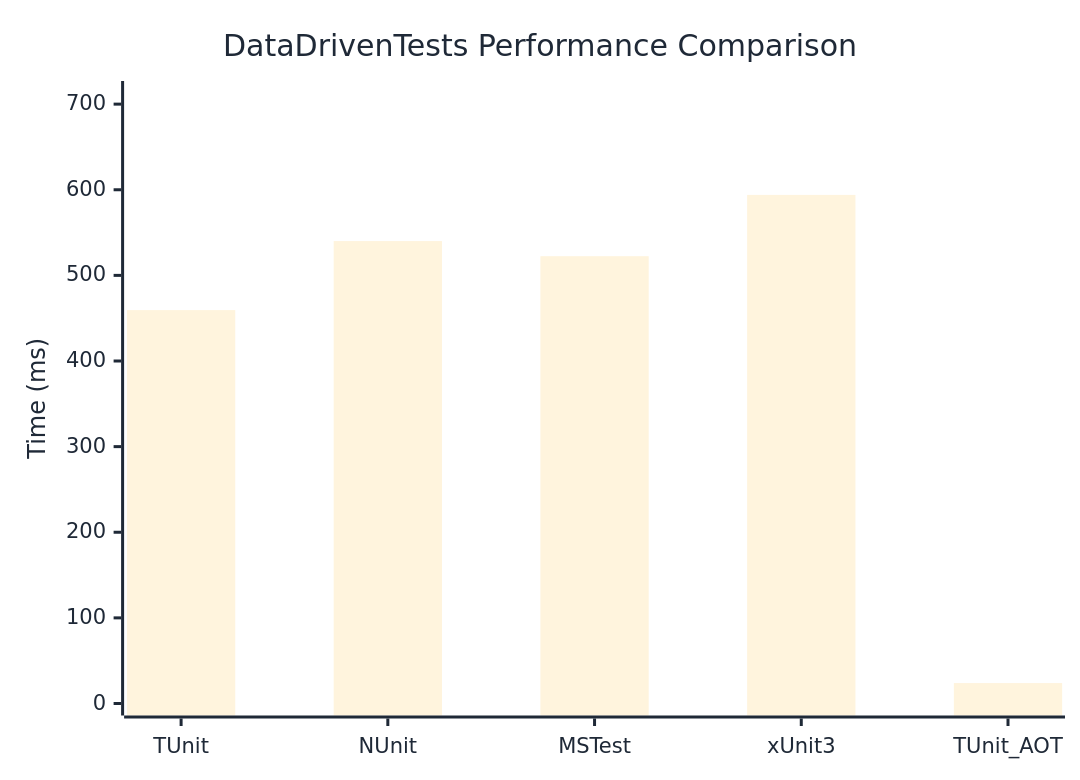
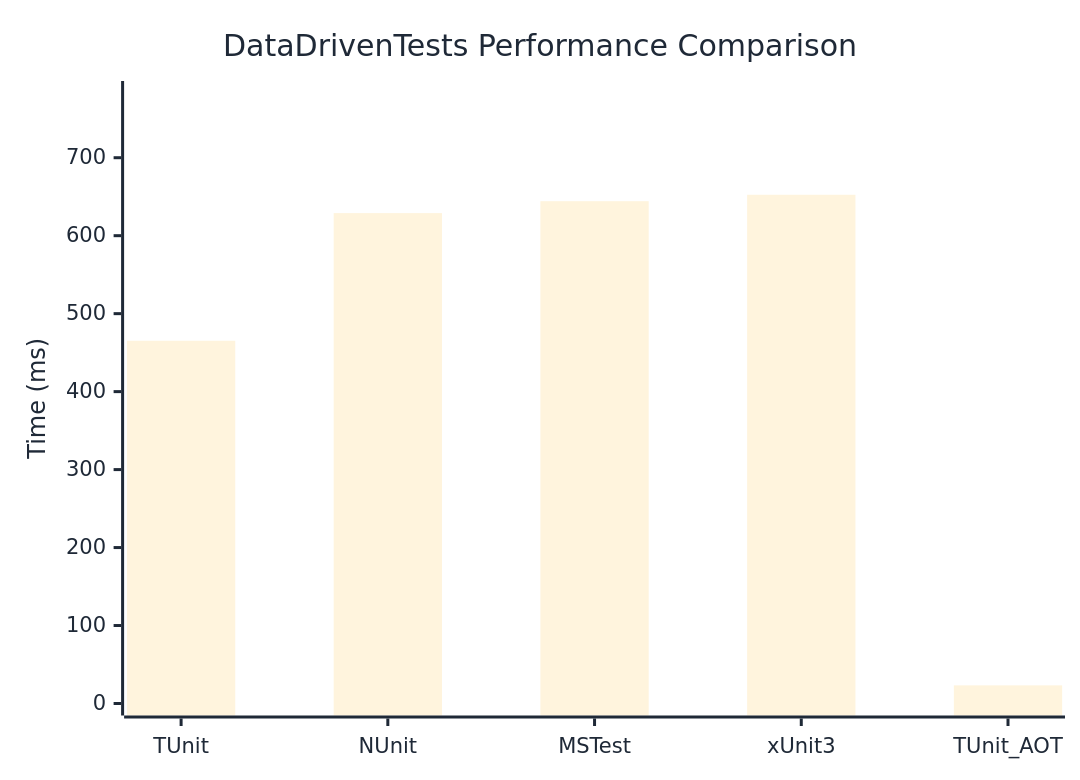
The diagram in docs/docs/benchmarks/DataDrivenTests.md (thomhurst/TUnit), drawn with Mermaid before and after one commit. The commit also changed other lines of this file and 17 other files, not shown here.

````diff
--- a/docs/docs/benchmarks/DataDrivenTests.md
+++ b/docs/docs/benchmarks/DataDrivenTests.md
@@ -27,37 +27,37 @@
 ```mermaid
 %%{init: {
   'theme':'base',
   'themeVariables': {
     'primaryColor': '#2563eb',
     'primaryTextColor': '#1f2937',
     'primaryBorderColor': '#1e40af',
     'lineColor': '#6b7280',
     'secondaryColor': '#7c3aed',
     'tertiaryColor': '#dc2626',
     'background': '#ffffff',
     'mainBkg': '#2563eb',
     'secondBkg': '#7c3aed',
     'tertiaryBkg': '#dc2626',
     'clusterBkg': '#f3f4f6',
     'edgeLabelBackground': '#ffffff',
     'tertiaryTextColor': '#1f2937',
     'pie1': '#2563eb',
     'pie2': '#7c3aed',
     'pie3': '#dc2626',
     'pie4': '#f59e0b',
     'pie5': '#10b981',
     'pie6': '#06b6d4',
     'pie7': '#ec4899',
     'pie8': '#6366f1',
     'pie9': '#84cc16',
     'pie10': '#f97316',
     'pie11': '#14b8a6',
     'pie12': '#a855f7'
   }
 }}%%
 xychart-beta
   title "DataDrivenTests Performance Comparison"
   x-axis ["TUnit", "NUnit", "MSTest", "xUnit3", "TUnit_AOT"]
-  y-axis "Time (ms)" 0 --> 713
-  bar [459.43, 540.07, 522.41, 593.98, 23.84]
+  y-axis "Time (ms)" 0 --> 783
+  bar [465.22, 628.96, 644.26, 652.47, 23.25]
 ```
````
